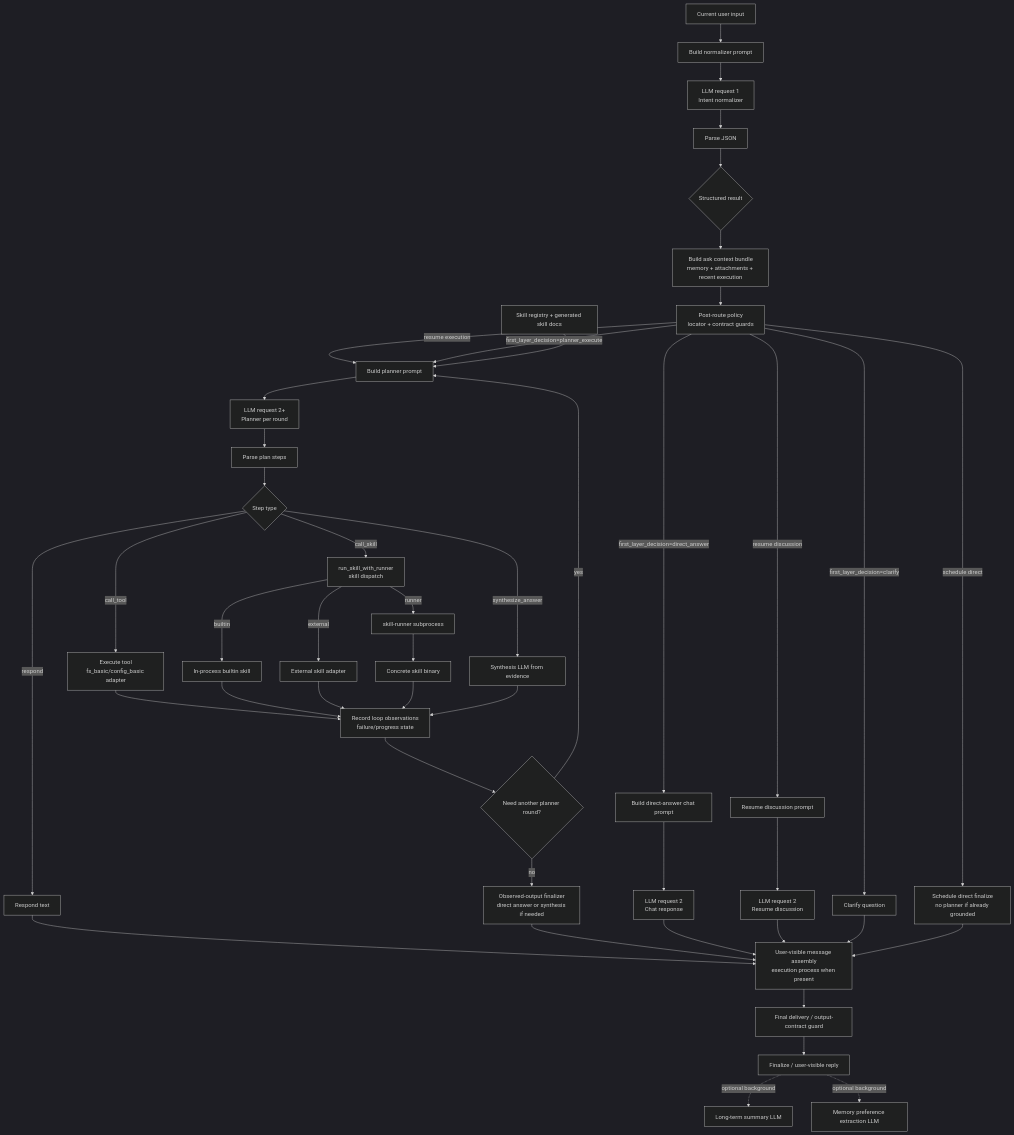
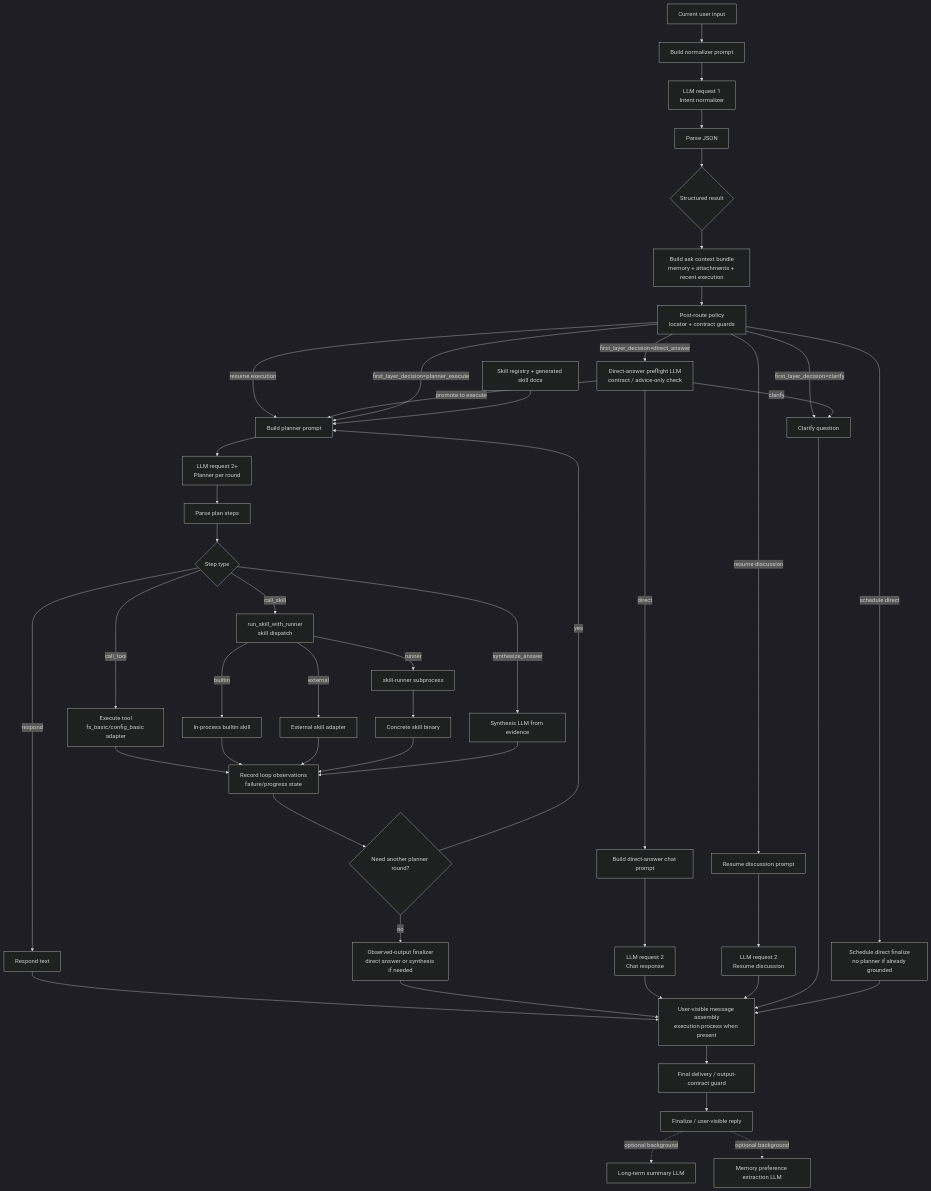
One commit to MatrixCoreX/RustClaw changed the second of 2 diagrams in README.md. Above: the diagram before and after it, drawn with Mermaid (dark theme). The commit also changed other lines of this file and 1 other file, not shown here.

Commit message:
Update runtime flow docs

````diff
--- a/README.md
+++ b/README.md
@@ -108,47 +112,50 @@
 ```mermaid
 flowchart TD
     A[Current user input] --> B[Build normalizer prompt]
     B --> C[LLM request 1<br/>Intent normalizer]
     C --> D[Parse JSON]
     D --> E{Structured result}
     E --> Ec[Build ask context bundle<br/>memory + attachments + recent execution]
     Ec --> E2[Post-route policy<br/>locator + contract guards]
     E2 -->|schedule direct| Fs[Schedule direct finalize<br/>no planner if already grounded]
     E2 -->|resume discussion| Fr[Resume discussion prompt]
     E2 -->|resume execution| H
     E2 -->|first_layer_decision=clarify| F[Clarify question]
-    E2 -->|first_layer_decision=direct_answer| G[Build direct-answer chat prompt]
+    E2 -->|first_layer_decision=direct_answer| G0[Direct-answer preflight LLM<br/>contract / advice-only check]
+    G0 -->|direct| G[Build direct-answer chat prompt]
+    G0 -->|clarify| F
+    G0 -->|promote to execute| H
     E2 -->|first_layer_decision=planner_execute| H[Build planner prompt]
     SK[Skill registry + generated skill docs] --> H
     G --> Ic[LLM request 2<br/>Chat response]
     Fr --> Ir[LLM request 2<br/>Resume discussion]
     H --> Ip[LLM request 2+<br/>Planner per round]
     Ip --> J[Parse plan steps]
     J --> K{Step type}
     K -->|respond| L[Respond text]
     K -->|call_tool| M[Execute tool<br/>fs_basic/config_basic adapter]
     K -->|call_skill| Ms[run_skill_with_runner<br/>skill dispatch]
     Ms -->|builtin| Msb[In-process builtin skill]
     Ms -->|external| Mse[External skill adapter]
     Ms -->|runner| Msr[skill-runner subprocess]
     Msr --> Msbinary[Concrete skill binary]
     K -->|synthesize_answer| N[Synthesis LLM from evidence]
     M --> O[Record loop observations<br/>failure/progress state]
     Msb --> O
     Mse --> O
     Msbinary --> O
     N --> O
     O --> P{Need another planner round?}
     P -->|yes| H
     P -->|no| Q[Observed-output finalizer<br/>direct answer or synthesis if needed]
     L --> VP[User-visible message assembly<br/>execution process when present]
     Q --> VP
     Ic --> VP
     Ir --> VP
     F --> VP
     Fs --> VP
     VP --> R[Final delivery / output-contract guard]
     R --> S[Finalize / user-visible reply]
     S -. optional background .-> T[Long-term summary LLM]
     S -. optional background .-> U[Memory preference extraction LLM]
 ```
````
